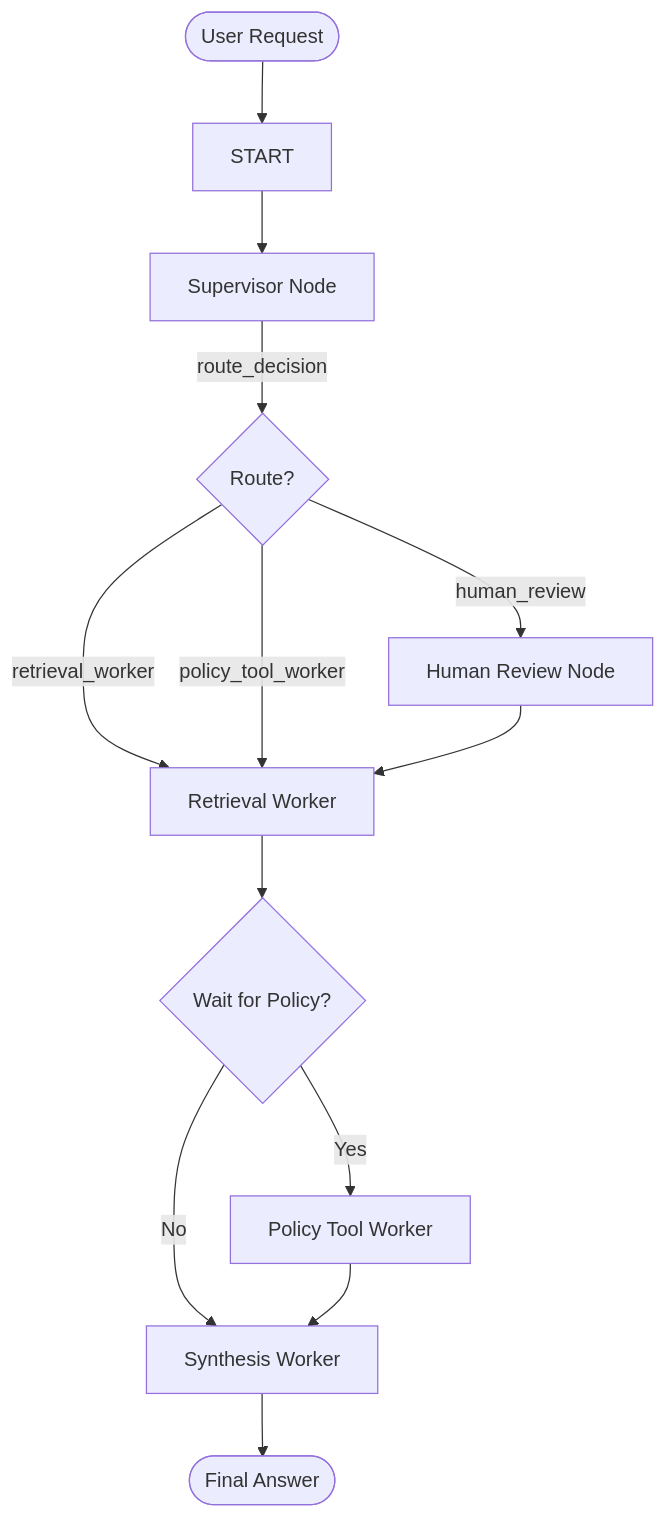
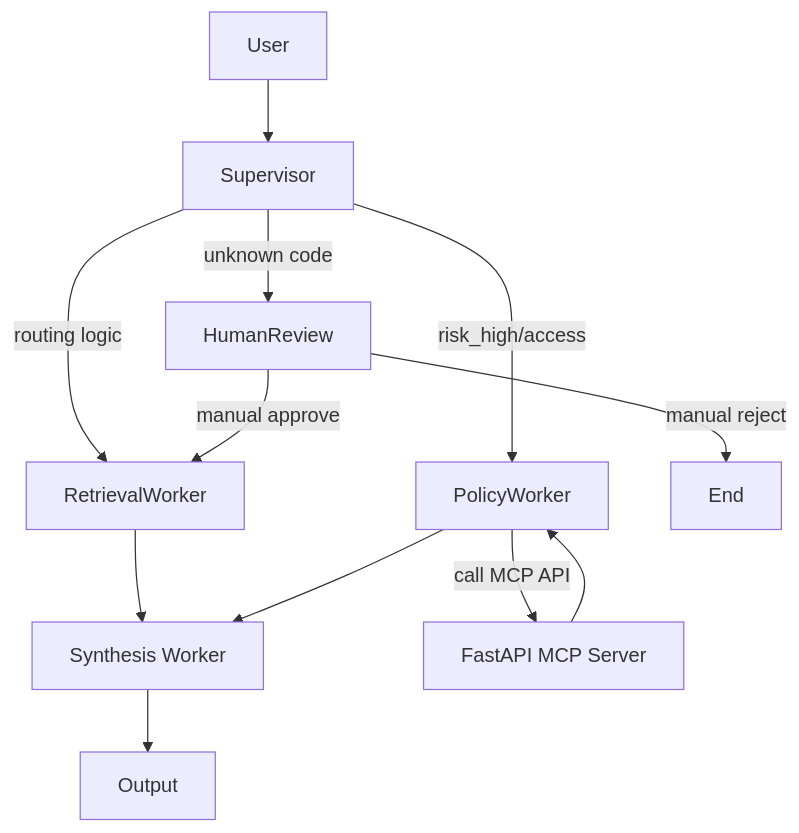
The diagram in day09/lab/docs/system_architecture.md (cuong111103hd/_lab_9), drawn with Mermaid before and after one commit. The commit also changed other lines of this file and 9 other files, not shown here.

````diff
--- a/day09/lab/docs/system_architecture.md
+++ b/day09/lab/docs/system_architecture.md
@@ -26,20 +53,14 @@
 ```mermaid
-graph TD
-    User([User Request]) --> START
-    START --> Supervisor[Supervisor Node]
-    
-    Supervisor -- "route_decision" --> Choice{Route?}
-    
-    Choice -- "retrieval_worker" --> Retrieval[Retrieval Worker]
-    Choice -- "policy_tool_worker" --> Retrieval
-    Choice -- "human_review" --> Human[Human Review Node]
-    
-    Human --> Retrieval
-    
-    Retrieval --> Gate{Wait for Policy?}
-    Gate -- "Yes" --> Policy[Policy Tool Worker]
-    Gate -- "No" --> Synthesis[Synthesis Worker]
-    
-    Policy --> Synthesis
-    Synthesis --> END([Final Answer])
+graph TD;
+    User-->Supervisor;
+    Supervisor-- routing logic -->RetrievalWorker;
+    Supervisor-- risk_high/access -->PolicyWorker;
+    Supervisor-- unknown code -->HumanReview;
+    HumanReview-- manual approve -->RetrievalWorker;
+    HumanReview-- manual reject -->End;
+    RetrievalWorker-->SynthesisWorker[Synthesis Worker];
+    PolicyWorker-- call MCP API -->MCP[FastAPI MCP Server];
+    MCP-->PolicyWorker;
+    PolicyWorker-->SynthesisWorker;
+    SynthesisWorker-->Output;
 ```
````
